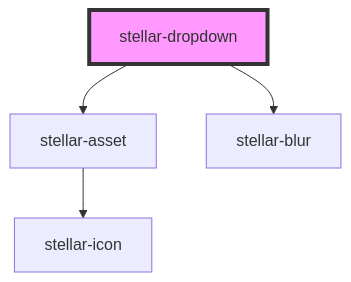
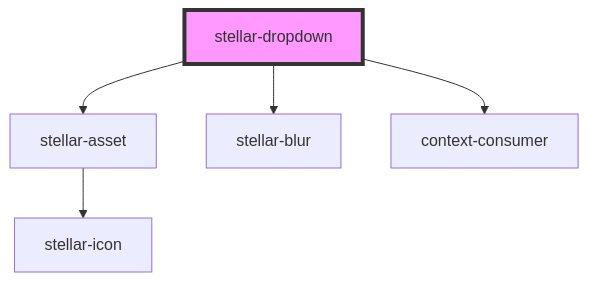
Before and after one commit to splitinfinities/Stellar: the diagram in src/components/ui/dropdown/readme.md, drawn with Mermaid. The commit also changed other lines of this file and 44 other files, not shown here.

````diff
--- a/src/components/ui/dropdown/readme.md
+++ b/src/components/ui/dropdown/readme.md
@@ -75,7 +77,8 @@
 ```mermaid
 graph TD;
   stellar-dropdown --> stellar-asset
   stellar-dropdown --> stellar-blur
+  stellar-dropdown --> context-consumer
   stellar-asset --> stellar-icon
   style stellar-dropdown fill:#f9f,stroke:#333,stroke-width:4px
 ```
````
